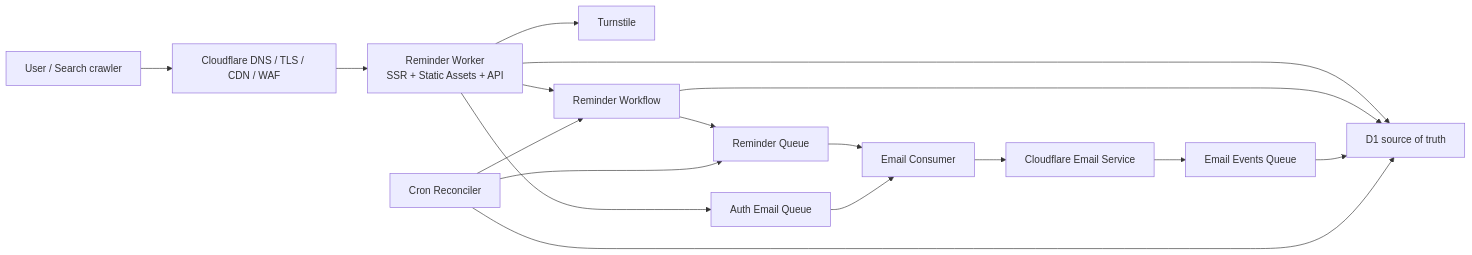
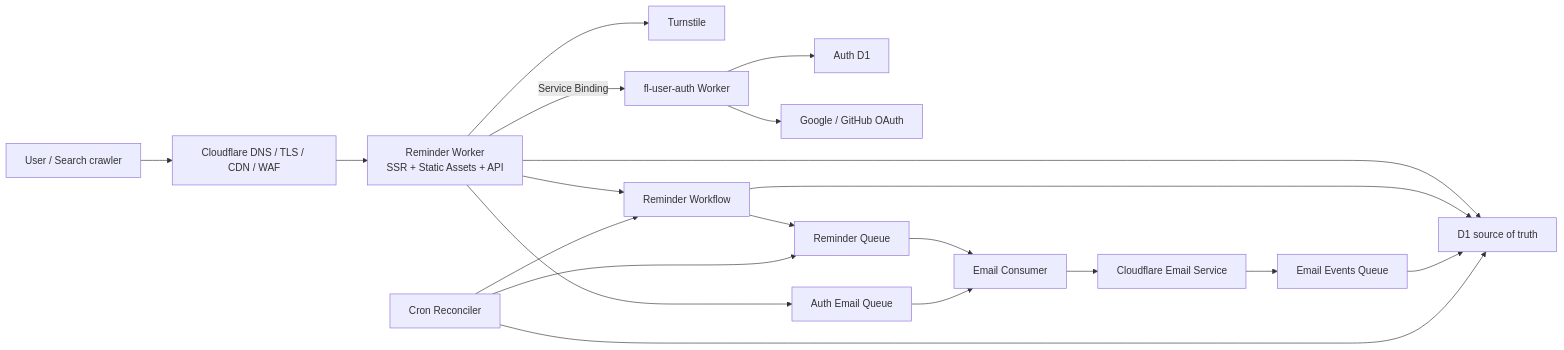
Before and after one commit to fulln/reminder-work: the second of 3 diagrams in docs/architecture.md, drawn with Mermaid. The commit also changed other lines of this file and 27 other files, not shown here.

````diff
--- a/docs/architecture.md
+++ b/docs/architecture.md
@@ -325,19 +325,22 @@
 ```mermaid
 flowchart LR
     USER["User / Search crawler"] --> EDGE["Cloudflare DNS / TLS / CDN / WAF"]
     EDGE --> APP["Reminder Worker\nSSR + Static Assets + API"]
     APP --> TURN["Turnstile"]
+    APP -->|"Service Binding"| AUTH["fl-user-auth Worker"]
+    AUTH --> AUTHDB["Auth D1"]
+    AUTH --> PROVIDERS["Google / GitHub OAuth"]
     APP --> D1["D1 source of truth"]
     APP --> WF["Reminder Workflow"]
     WF --> D1
     WF --> RQ["Reminder Queue"]
     APP --> AQ["Auth Email Queue"]
     RQ --> SEND["Email Consumer"]
     AQ --> SEND
     SEND --> EMAIL["Cloudflare Email Service"]
     EMAIL --> EVENTS["Email Events Queue"]
     EVENTS --> D1
     CRON["Cron Reconciler"] --> D1
     CRON --> WF
     CRON --> RQ
 ```
````
